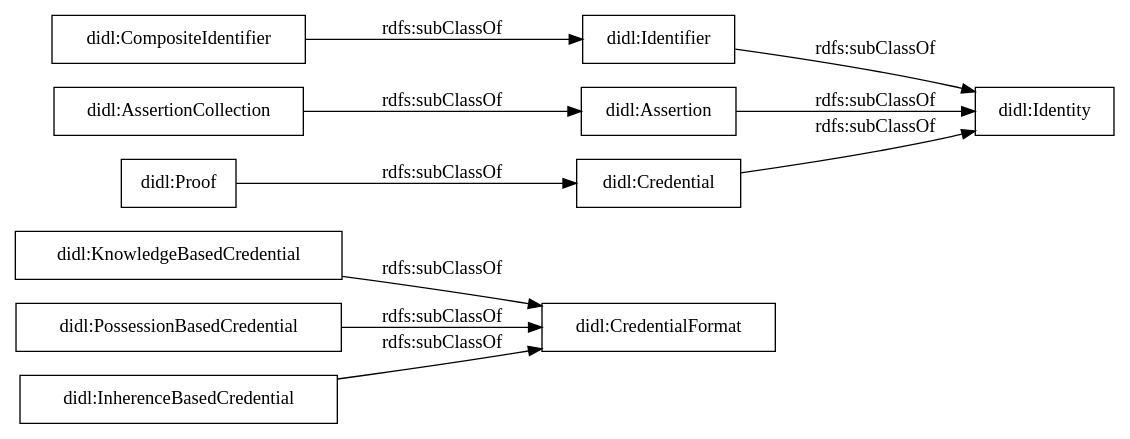
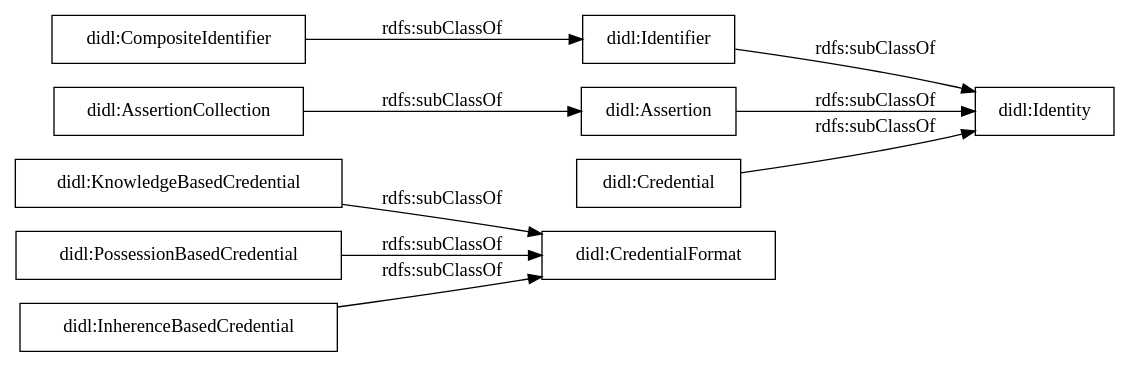
Before and after one commit to jiahang-chen/didl: the diagram in OnToology/didl.ttl/diagrams/ar2dtool-taxonomy/didl.ttl.png.dot, drawn with Graphviz. The commit also changed 12 other files, not shown here.

```diff
--- a/OnToology/didl.ttl/diagrams/ar2dtool-taxonomy/didl.ttl.png.dot
+++ b/OnToology/didl.ttl/diagrams/ar2dtool-taxonomy/didl.ttl.png.dot
@@ -1,15 +1,14 @@
 digraph ar2dtool_diagram { 
 rankdir=LR;
 size="1000"
-node [shape = rectangle, color="black"]; "didl:KnowledgeBasedCredential" "didl:CompositeIdentifier" "didl:PossessionBasedCredential" "didl:Assertion" "didl:Identity" "didl:Credential" "didl:CredentialFormat" "didl:InherenceBasedCredential" "didl:Proof" "didl:AssertionCollection" "didl:Identifier" ; /*classes style*/
+node [shape = rectangle, color="black"]; "didl:KnowledgeBasedCredential" "didl:CompositeIdentifier" "didl:PossessionBasedCredential" "didl:Assertion" "didl:Identity" "didl:CredentialFormat" "didl:Credential" "didl:InherenceBasedCredential" "didl:AssertionCollection" "didl:Identifier" ; /*classes style*/
 	"didl:KnowledgeBasedCredential" -> "didl:CredentialFormat" [ label = "rdfs:subClassOf" ];
 	"didl:InherenceBasedCredential" -> "didl:CredentialFormat" [ label = "rdfs:subClassOf" ];
 	"didl:PossessionBasedCredential" -> "didl:CredentialFormat" [ label = "rdfs:subClassOf" ];
 	"didl:Credential" -> "didl:Identity" [ label = "rdfs:subClassOf" ];
 	"didl:Identifier" -> "didl:Identity" [ label = "rdfs:subClassOf" ];
 	"didl:CompositeIdentifier" -> "didl:Identifier" [ label = "rdfs:subClassOf" ];
 	"didl:Assertion" -> "didl:Identity" [ label = "rdfs:subClassOf" ];
 	"didl:AssertionCollection" -> "didl:Assertion" [ label = "rdfs:subClassOf" ];
-	"didl:Proof" -> "didl:Credential" [ label = "rdfs:subClassOf" ];
 
 }
```
